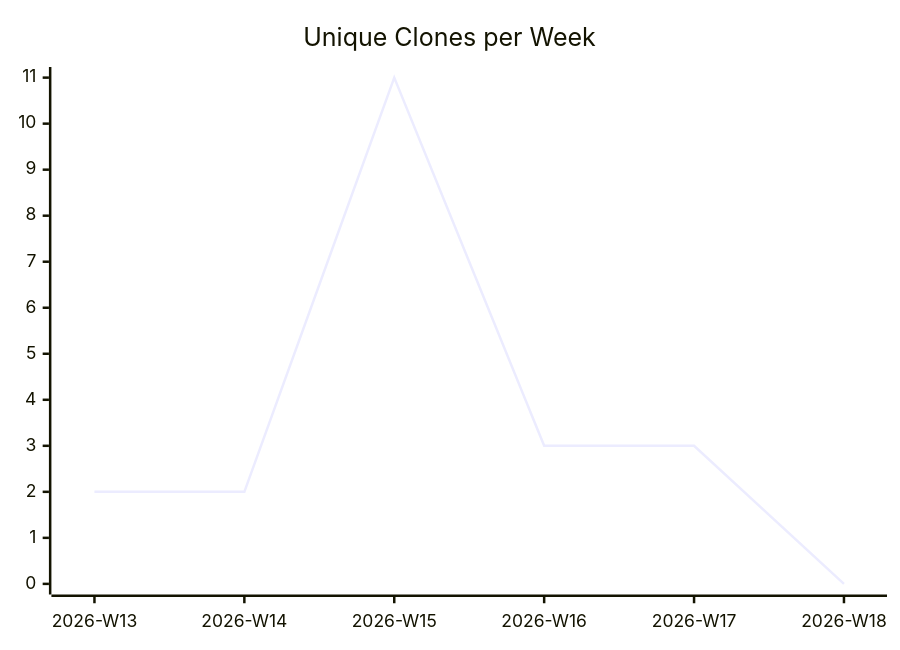
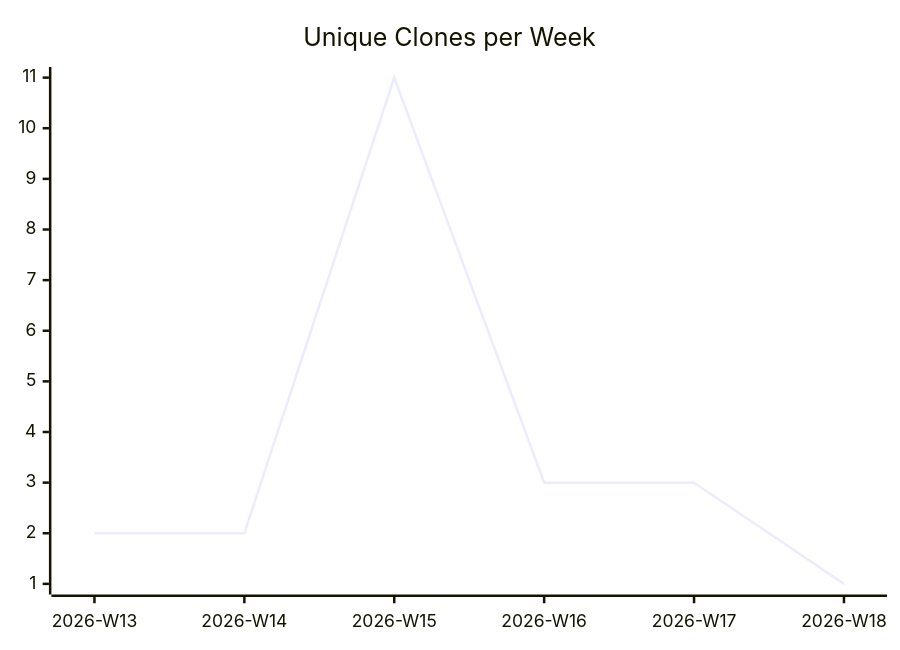
The third of 3 diagrams in karlmdavis/jessentials/README.md (justdavis-family/github-analytics-data), drawn with Mermaid before and after one commit. The commit also changed other lines of this file and 184 other files, not shown here.

````diff
--- a/karlmdavis/jessentials/README.md
+++ b/karlmdavis/jessentials/README.md
@@ -19,6 +19,6 @@
 ```mermaid
 xychart-beta
   title "Unique Clones per Week"
   x-axis ["2026-W13", "2026-W14", "2026-W15", "2026-W16", "2026-W17", "2026-W18"]
-  line [2, 2, 11, 3, 3, 0]
+  line [2, 2, 11, 3, 3, 1]
 ```
````
